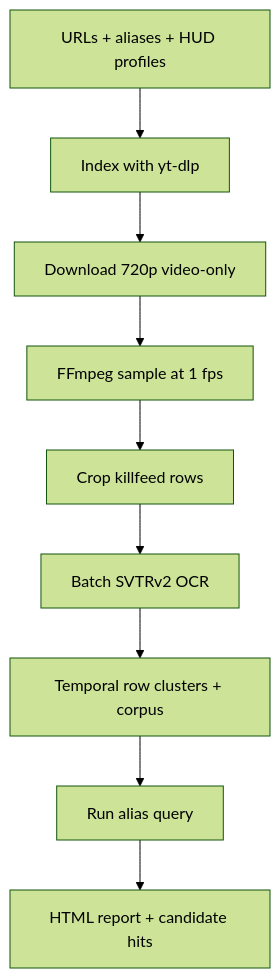
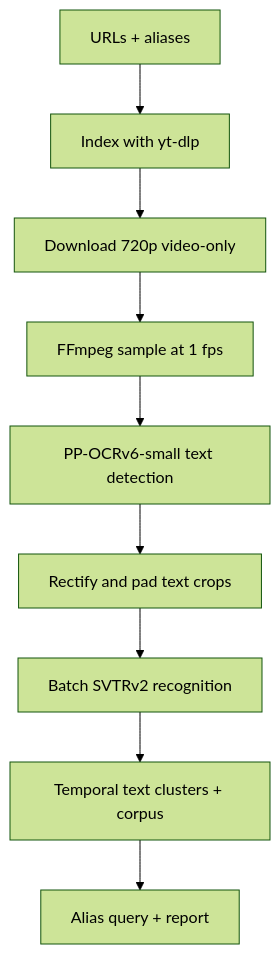
Before and after one commit to davidhaas6/tf2-name-scan: the diagram in docs/high-level-design.md, drawn with Mermaid (forest theme). The commit also changed other lines of this file and 1 other file, not shown here.

Commit message:
text detection and design fixes

````diff
--- a/docs/high-level-design.md
+++ b/docs/high-level-design.md
@@ -54,11 +54,11 @@
 ```mermaid
 flowchart TD
-    A["URLs + aliases + HUD profiles"] --> B["Index with yt-dlp"]
+    A["URLs + aliases"] --> B["Index with yt-dlp"]
     B --> C["Download 720p video-only"]
     C --> D["FFmpeg sample at 1 fps"]
-    D --> E["Crop killfeed rows"]
-    E --> F["Batch SVTRv2 OCR"]
-    F --> G["Temporal row clusters + corpus"]
-    G --> H["Run alias query"]
-    H --> I["HTML report + candidate hits"]
+    D --> E["PP-OCRv6-small text detection"]
+    E --> F["Rectify and pad text crops"]
+    F --> G["Batch SVTRv2 recognition"]
+    G --> H["Temporal text clusters + corpus"]
+    H --> I["Alias query + report"]
 ```
````
